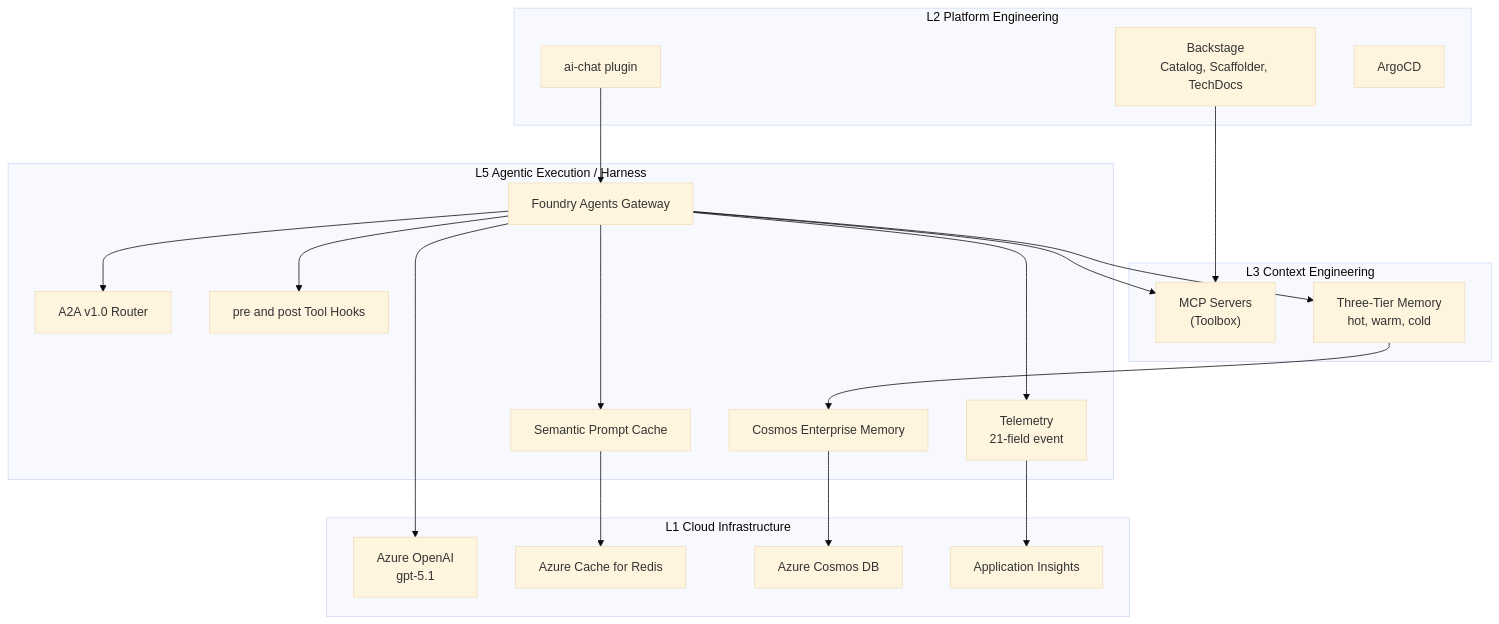
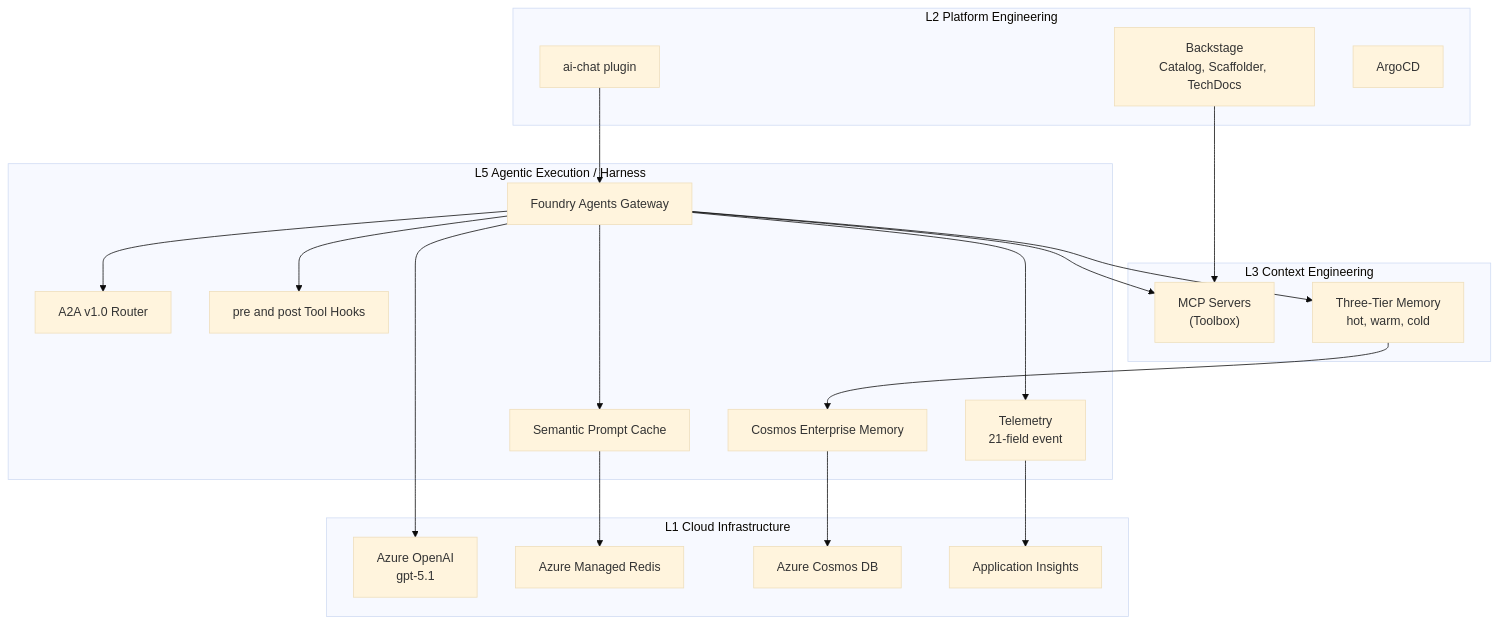
One commit to Ohorizons/ohorizons-lastest changed the second of 5 diagrams in docs/architecture/OpenHorizons_Architecture.md. Above: the diagram before and after it, drawn with Mermaid (base theme). The commit also changed 11 other files, not shown here.

Commit message:
Update Redis integration to Azure Managed Redis and upgrade Kubernetes version to 1.34 across configurations

````diff
--- a/docs/architecture/OpenHorizons_Architecture.md
+++ b/docs/architecture/OpenHorizons_Architecture.md
@@ -97,43 +97,43 @@
 ```mermaid
 flowchart TB
     subgraph L2["L2 Platform Engineering"]
         bs["Backstage<br/>Catalog, Scaffolder, TechDocs"]
         aichat["ai-chat plugin"]
         argo["ArgoCD"]
     end
 
     subgraph L3["L3 Context Engineering"]
         mcp["MCP Servers<br/>(Toolbox)"]
         mem["Three-Tier Memory<br/>hot, warm, cold"]
     end
 
     subgraph L5["L5 Agentic Execution / Harness"]
         gw["Foundry Agents Gateway"]
         cache["Semantic Prompt Cache"]
         a2a["A2A v1.0 Router"]
         hooks["pre and post Tool Hooks"]
         tel["Telemetry<br/>21-field event"]
         cosmos["Cosmos Enterprise Memory"]
     end
 
     subgraph L1["L1 Cloud Infrastructure"]
         aoai["Azure OpenAI<br/>gpt-5.1"]
-        redis["Azure Cache for Redis"]
+        redis["Azure Managed Redis"]
         cdb["Azure Cosmos DB"]
         appi["Application Insights"]
     end
 
     aichat --> gw
     bs --> mcp
     gw --> cache
     gw --> a2a
     gw --> hooks
     gw --> tel
     gw --> mcp
     gw --> mem
     cache --> redis
     cosmos --> cdb
     mem --> cosmos
     gw --> aoai
     tel --> appi
 ```
````
